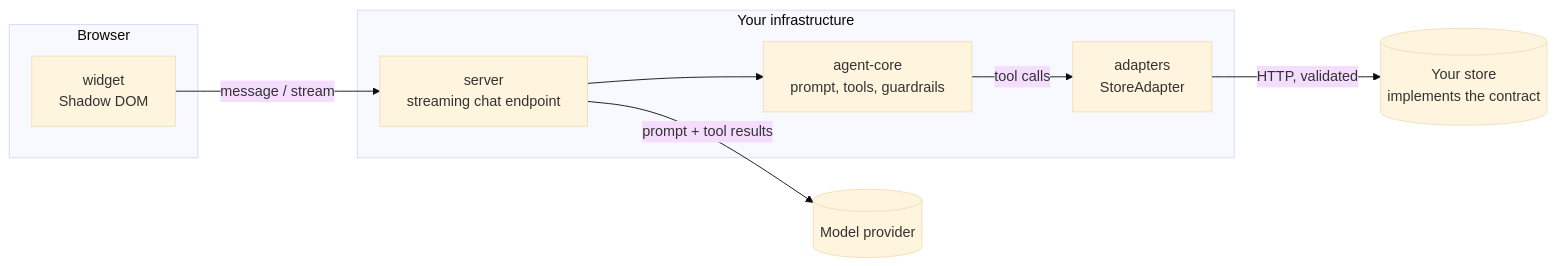
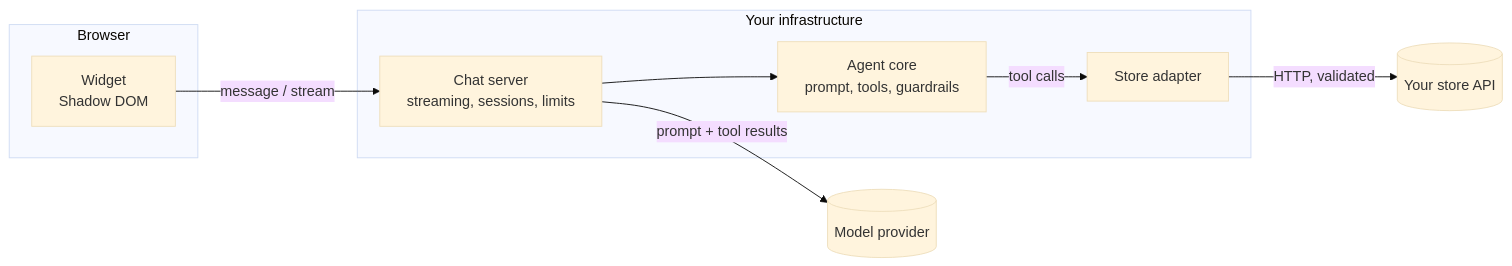
Before and after one commit to amna9876/new-projects-: the diagram in README.md, drawn with Mermaid (base theme). The commit also changed other lines of this file and 1 other file, not shown here.

Commit message:
docs: tidy the readme and move the adapter guide into docs

````diff
--- a/README.md
+++ b/README.md
@@ -53,19 +103,19 @@
 ```mermaid
 flowchart LR
   subgraph Browser
-    W[widget<br/>Shadow DOM]
+    W[Widget<br/>Shadow DOM]
   end
   subgraph Your infrastructure
-    S[server<br/>streaming chat endpoint]
-    A[agent-core<br/>prompt, tools, guardrails]
-    AD[adapters<br/>StoreAdapter]
+    S[Chat server<br/>streaming, sessions, limits]
+    A[Agent core<br/>prompt, tools, guardrails]
+    AD[Store adapter]
   end
   LLM[(Model provider)]
-  ST[(Your store<br/>implements the contract)]
+  ST[(Your store API)]
 
   W -- message / stream --> S
   S -- prompt + tool results --> LLM
   S --> A
   A -- tool calls --> AD
   AD -- HTTP, validated --> ST
 ```
````
